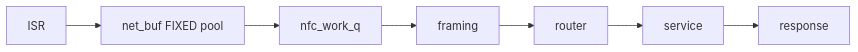
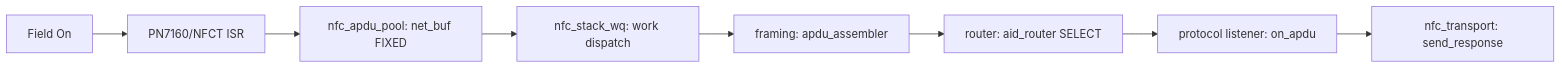
Before and after one commit to majidsurefow/writable_ndef_msg: the second of 3 diagrams in docs/nfc/NFC_STACK_ARCHITECTURE.md, drawn with Mermaid. The commit also changed other lines of this file and 1 other file, not shown here.

First line of the commit message:
nfc/docs: P7 architecture assembly — complete harmonization program

````diff
--- a/docs/nfc/NFC_STACK_ARCHITECTURE.md
+++ b/docs/nfc/NFC_STACK_ARCHITECTURE.md
@@ -22,5 +104,10 @@
 ```mermaid
 flowchart LR
-  ISR --> POOL[net_buf FIXED pool] --> WQ[nfc_work_q] --> FR[framing] --> RT[router] --> SVC[service] --> RSP[response]
-  %% TODO: add reader scan->poller->store path; field-off/profile-switch edges
+    I[Field On] --> J[PN7160/NFCT ISR]
+    J --> K[nfc_apdu_pool: net_buf FIXED]
+    K --> L[nfc_stack_wq: work dispatch]
+    L --> M[framing: apdu_assembler]
+    M --> N[router: aid_router SELECT]
+    N --> O[protocol listener: on_apdu]
+    O --> P[nfc_transport: send_response]
 ```
````
